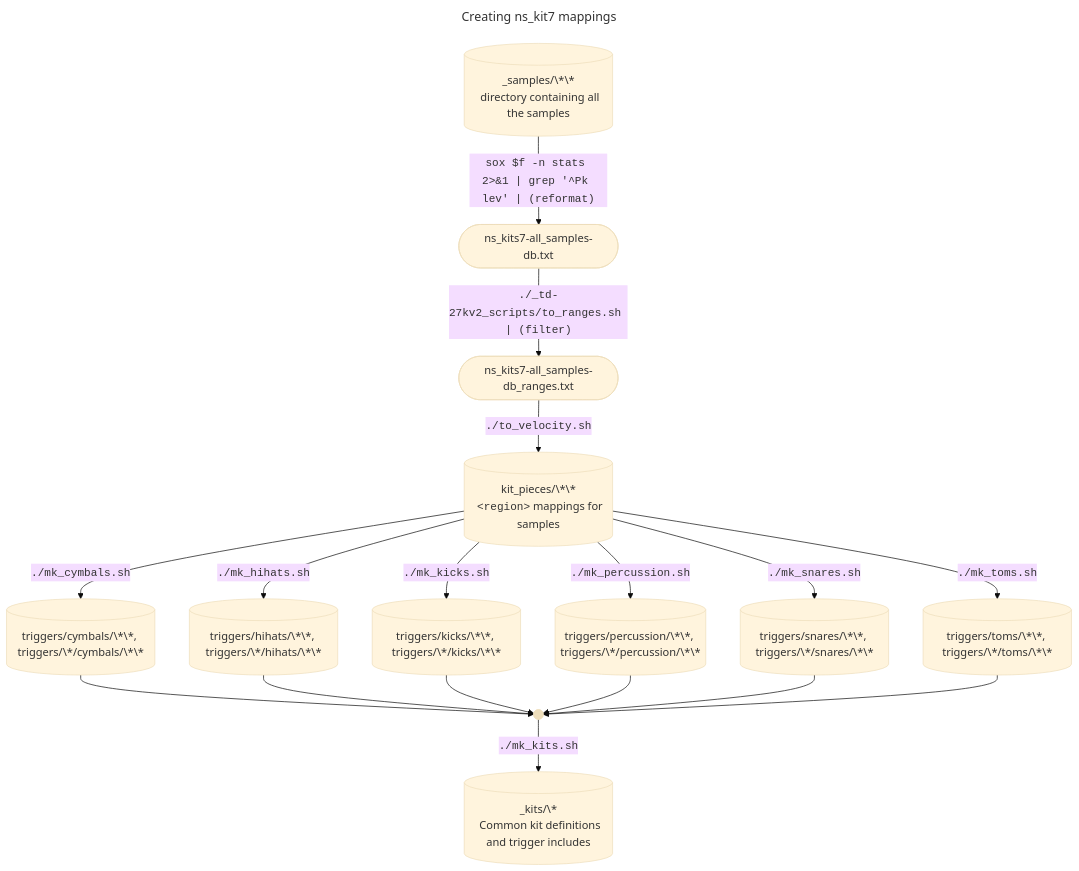
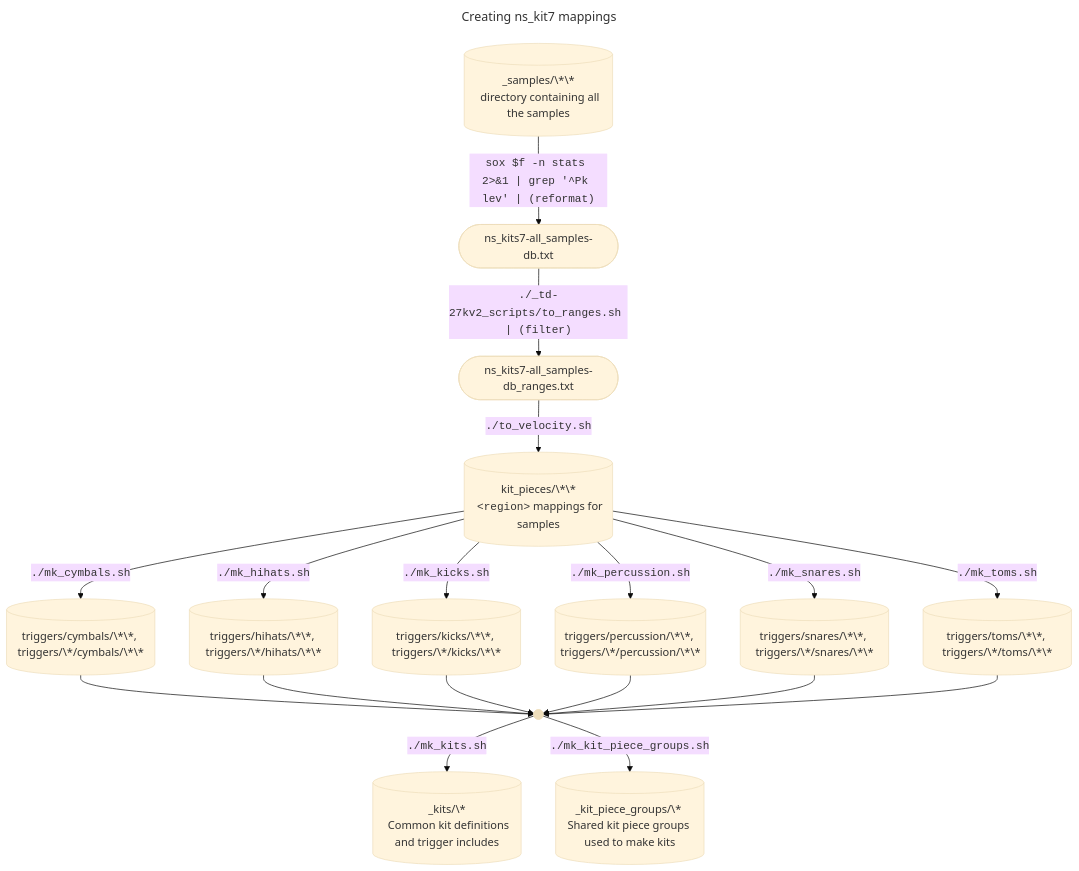
The diagram in _td-27kv2_scripts/README.md (pljones/ns_kit7-sfz2), drawn with Mermaid (base theme) before and after one commit. The commit also changed other lines of this file and 2 other files, not shown here.

````diff
--- a/_td-27kv2_scripts/README.md
+++ b/_td-27kv2_scripts/README.md
@@ -7,23 +7,24 @@
 ```mermaid
 ---
 title: Creating ns_kit7 mappings
 ---
 flowchart
 
   samples[(_samples/\*\*
   directory containing all the samples)]
   --> |"<code>sox $f -n stats 2>&1 | grep '^Pk lev' | (reformat)</code>"| all_samples-db([ns_kits7-all_samples-db.txt])
   --> |"<code>./_td-27kv2_scripts/to_ranges.sh | (filter)</code>"| all_samples-db_ranges([ns_kits7-all_samples-db_ranges.txt])
   --> |"<code>./to_velocity.sh</code>"| kit_pieces[(kit_pieces/\*\*
   <code>&lt;region&gt;</code> mappings for samples)]
   kit_pieces --> |"<code>./mk_cymbals.sh</code>"| cymbals[(triggers/cymbals/\*\*, triggers/\*/cymbals/\*\*)]
   kit_pieces --> |"<code>./mk_hihats.sh</code>"| hihats[(triggers/hihats/\*\*, triggers/\*/hihats/\*\*)]
   kit_pieces --> |"<code>./mk_kicks.sh</code>"| kicks[(triggers/kicks/\*\*, triggers/\*/kicks/\*\*)]
   kit_pieces --> |"<code>./mk_percussion.sh</code>"| percussion[(triggers/percussion/\*\*, triggers/\*/percussion/\*\*)]
   kit_pieces --> |"<code>./mk_snares.sh</code>"| snares[(triggers/snares/\*\*, triggers/\*/snares/\*\*)]
   kit_pieces --> |"<code>./mk_toms.sh</code>"| toms[(triggers/toms/\*\*, triggers/\*/toms/\*\*)]
   cymbals & hihats & kicks & percussion & snares & toms
   --> all_triggers@{ shape: f-circ, label: "Summary" }
   all_triggers --> |"<code>./mk_kits.sh</code>"| kits[(_kits/\*
   Common kit definitions and trigger includes)]
+  all_triggers --> |"<code>./mk_kit_piece_groups.sh</code>"| kit_piece_groups[(_kit_piece_groups/\* Shared kit piece groups used to make kits)]
 ```
````
